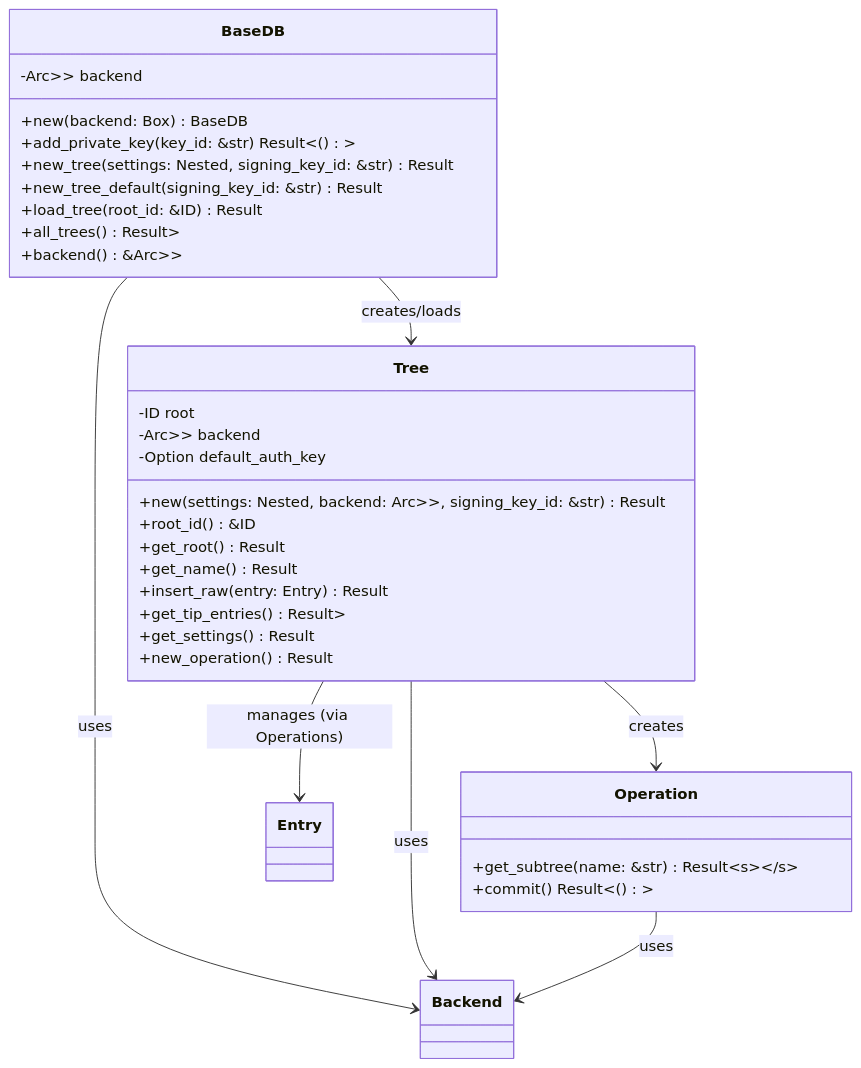
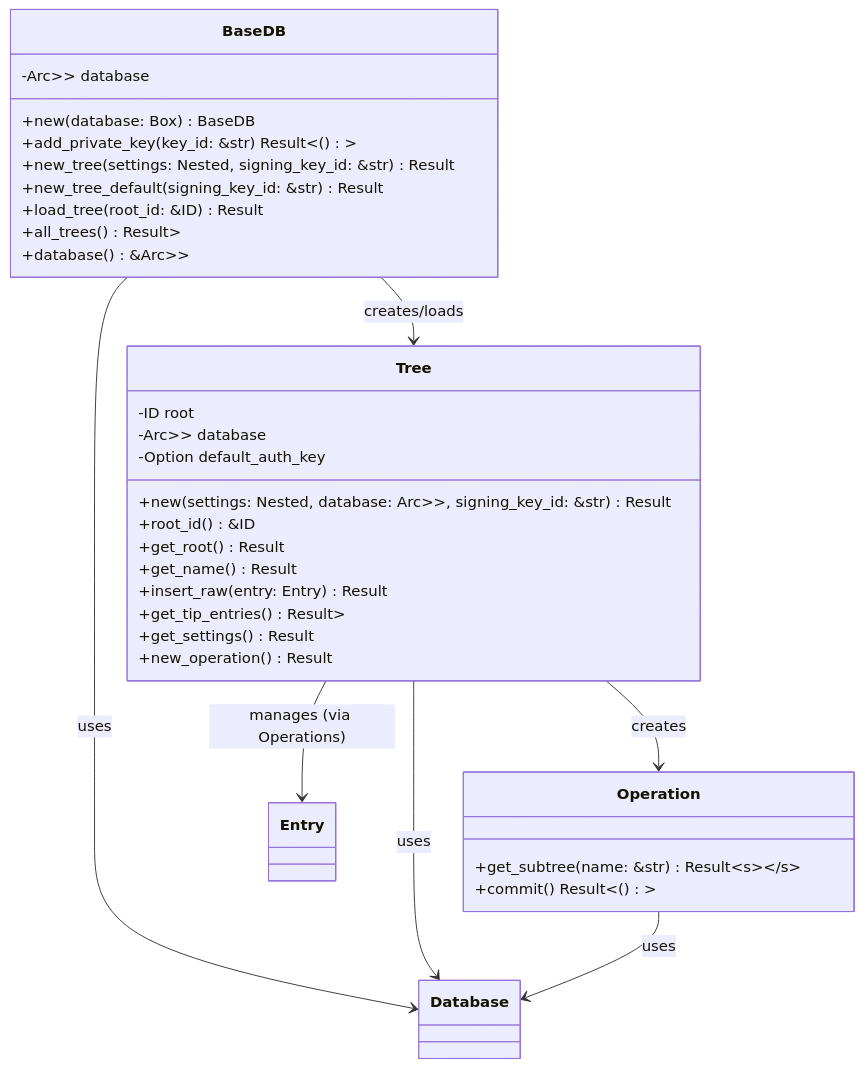
One commit to arcuru/eidetica changed the diagram in docs/src/internal/core_components/basedb_tree.md. Above: the diagram before and after it, drawn with Mermaid. The commit also changed other lines of this file and 18 other files, not shown here.

````diff
--- a/docs/src/internal/core_components/basedb_tree.md
+++ b/docs/src/internal/core_components/basedb_tree.md
@@ -5,39 +5,39 @@
 ```mermaid
 classDiagram
     class BaseDB {
-        -Arc<Mutex<Box<dyn Backend>>> backend
-        +new(backend: Box<dyn Backend>) BaseDB
+        -Arc<Mutex<Box<dyn Database>>> database
+        +new(database: Box<dyn Database>) BaseDB
         +add_private_key(key_id: &str) Result<()>
         +new_tree(settings: Nested, signing_key_id: &str) Result<Tree>
         +new_tree_default(signing_key_id: &str) Result<Tree>
         +load_tree(root_id: &ID) Result<Tree>
         +all_trees() Result<Vec<Tree>>
-        +backend() &Arc<Mutex<Box<dyn Backend>>>
+        +database() &Arc<Mutex<Box<dyn Database>>>
     }
 
     class Tree {
         -ID root
-        -Arc<Mutex<Box<dyn Backend>>> backend
+        -Arc<Mutex<Box<dyn Database>>> database
         -Option<String> default_auth_key
-        +new(settings: Nested, backend: Arc<Mutex<Box<dyn Backend>>>, signing_key_id: &str) Result<Tree>
+        +new(settings: Nested, database: Arc<Mutex<Box<dyn Database>>>, signing_key_id: &str) Result<Tree>
         +root_id() &ID
         +get_root() Result<Entry>
         +get_name() Result<String>
         +insert_raw(entry: Entry) Result<ID>
         +get_tip_entries() Result<Vec<Entry>>
         +get_settings() Result<Nested>
         +new_operation() Result<Operation>
     }
 
     class Operation {
         +get_subtree<S: SubtreeType>(name: &str) Result<S>
         +commit() Result<()>
     }
 
     BaseDB --> Tree : creates/loads
-    BaseDB --> Backend : uses
-    Tree --> Backend : uses
+    BaseDB --> Database : uses
+    Tree --> Database : uses
     Tree --> Entry : manages (via Operations)
     Tree --> Operation : creates
-    Operation --> Backend : uses
+    Operation --> Database : uses
 ```
````
